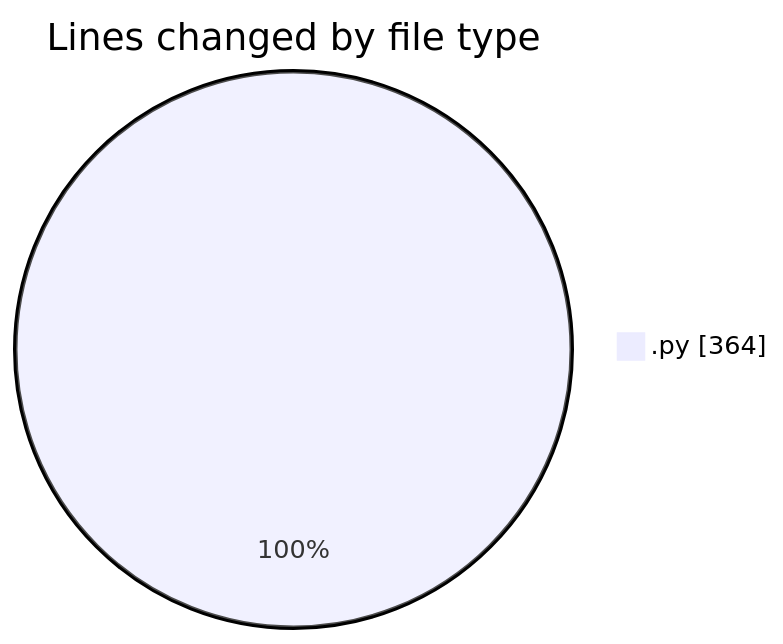
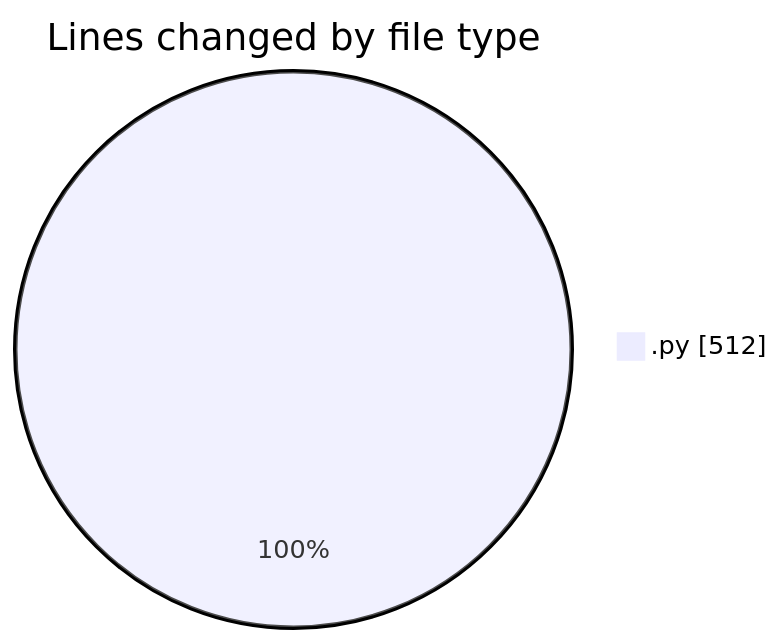
One commit to Ritupan-Deka/code-tracking changed the first of 2 diagrams in 2025-06-29/whiteboard/README.md. Above: the diagram before and after it, drawn with Mermaid. The commit also changed other lines of this file and 1 other file, not shown here.

````diff
--- a/2025-06-29/whiteboard/README.md
+++ b/2025-06-29/whiteboard/README.md
@@ -21,5 +23,5 @@
 ```mermaid
 pie showData
 title Lines changed by file type
-".py" : 364
+".py" : 512
 ```
````
